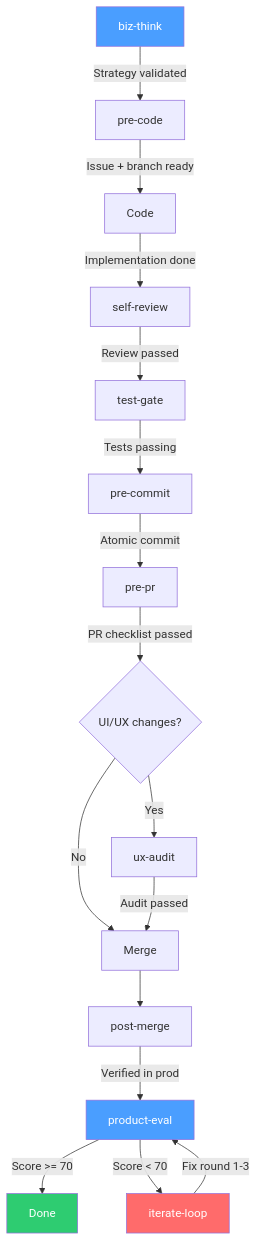
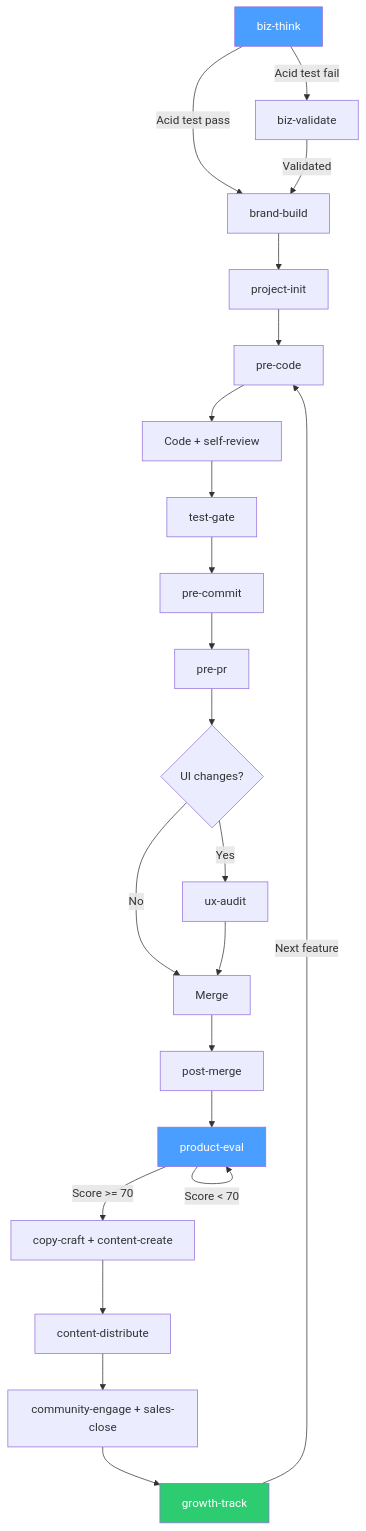
The diagram in README.md (Docat0209/PowerSkill), drawn with Mermaid before and after one commit. The commit also changed other lines of this file, not shown here.

````diff
--- a/README.md
+++ b/README.md
@@ -45,23 +45,28 @@
 ```mermaid
 flowchart TD
-    A[biz-think] -->|Strategy validated| B[pre-code]
-    B -->|Issue + branch ready| C[Code]
-    C -->|Implementation done| D[self-review]
-    D -->|Review passed| E[test-gate]
-    E -->|Tests passing| F[pre-commit]
-    F -->|Atomic commit| G[pre-pr]
-    G -->|PR checklist passed| H{UI/UX changes?}
-    H -->|Yes| I[ux-audit]
-    H -->|No| J[Merge]
-    I -->|Audit passed| J
-    J --> K[post-merge]
-    K -->|Verified in prod| L[product-eval]
-    L -->|Score >= 70| M[Done]
-    L -->|Score < 70| N[iterate-loop]
-    N -->|Fix round 1-3| L
+    A[biz-think] -->|Acid test pass| B[brand-build]
+    A -->|Acid test fail| A2[biz-validate]
+    A2 -->|Validated| B
+    B --> C[project-init]
+    C --> D[pre-code]
+    D --> E[Code + self-review]
+    E --> F[test-gate]
+    F --> G[pre-commit]
+    G --> H[pre-pr]
+    H --> I{UI changes?}
+    I -->|Yes| J[ux-audit]
+    I -->|No| K[Merge]
+    J --> K
+    K --> L[post-merge]
+    L --> M[product-eval]
+    M -->|Score >= 70| N[copy-craft + content-create]
+    M -->|Score < 70| M
+    N --> O[content-distribute]
+    O --> P[community-engage + sales-close]
+    P --> Q[growth-track]
+    Q -->|Next feature| D
 
     style A fill:#4a9eff,color:#fff
-    style L fill:#4a9eff,color:#fff
-    style N fill:#ff6b6b,color:#fff
-    style M fill:#2ecc71,color:#fff
+    style M fill:#4a9eff,color:#fff
+    style Q fill:#2ecc71,color:#fff
 ```
````
